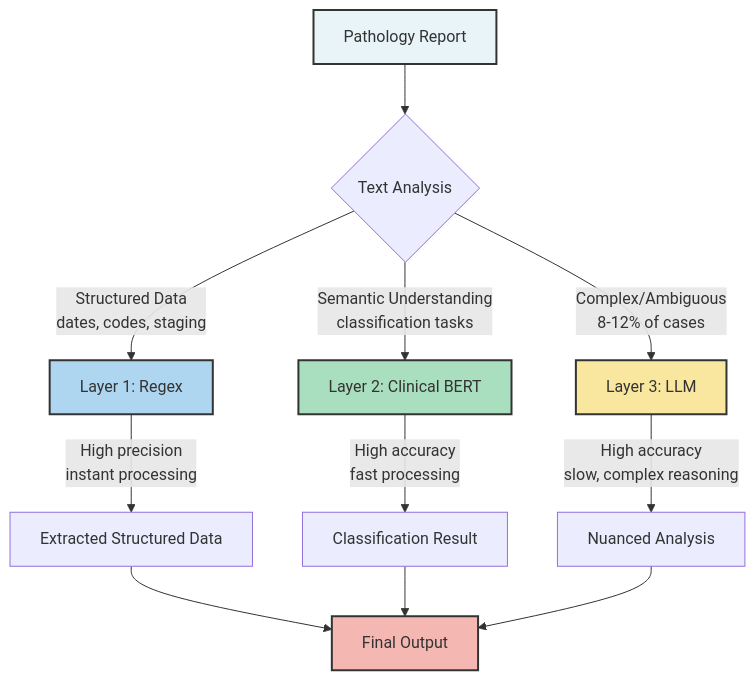
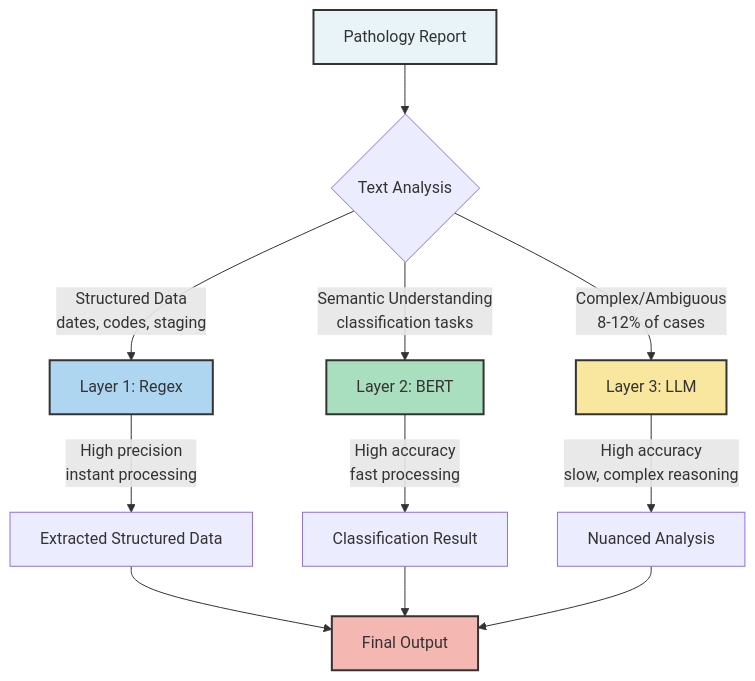
Before and after one commit to lgondara/qa_gen: the first of 3 diagrams in iclr_bp_v2.md, drawn with Mermaid. The commit also changed other lines of this file, not shown here.

Commit message:
Refine text on Pragmatic Hybrid Architecture

````diff
--- a/iclr_bp_v2.md
+++ b/iclr_bp_v2.md
@@ -54,22 +52,26 @@
 ```mermaid
 graph TD
     A[Pathology Report] --> B{Text Analysis}
     
     B -->|Structured Data<br/>dates, codes, staging| C[Layer 1: Regex]
-    B -->|Semantic Understanding<br/>classification tasks| D[Layer 2: Clinical BERT]
+    B -->|Semantic Understanding<br/>classification tasks| D[Layer 2: BERT]
     B -->|Complex/Ambiguous<br/>8-12% of cases| E[Layer 3: LLM]
     
     C -->|High precision<br/>instant processing| F[Extracted Structured Data]
     D -->|High accuracy<br/>fast processing| G[Classification Result]
     E -->|High accuracy<br/>slow, complex reasoning| H[Nuanced Analysis]
     
     F --> I[Final Output]
     G --> I
     H --> I
     
     style A fill:#e8f4f8,stroke:#333,stroke-width:2px
     style C fill:#aed6f1,stroke:#333,stroke-width:2px
     style D fill:#a9dfbf,stroke:#333,stroke-width:2px
     style E fill:#f9e79f,stroke:#333,stroke-width:2px
     style I fill:#f5b7b1,stroke:#333,stroke-width:2px
+    
+    classDef layer1 fill:#aed6f1,stroke:#333,stroke-width:2px
+    classDef layer2 fill:#a9dfbf,stroke:#333,stroke-width:2px
+    classDef layer3 fill:#f9e79f,stroke:#333,stroke-width:2px
 ```
````
